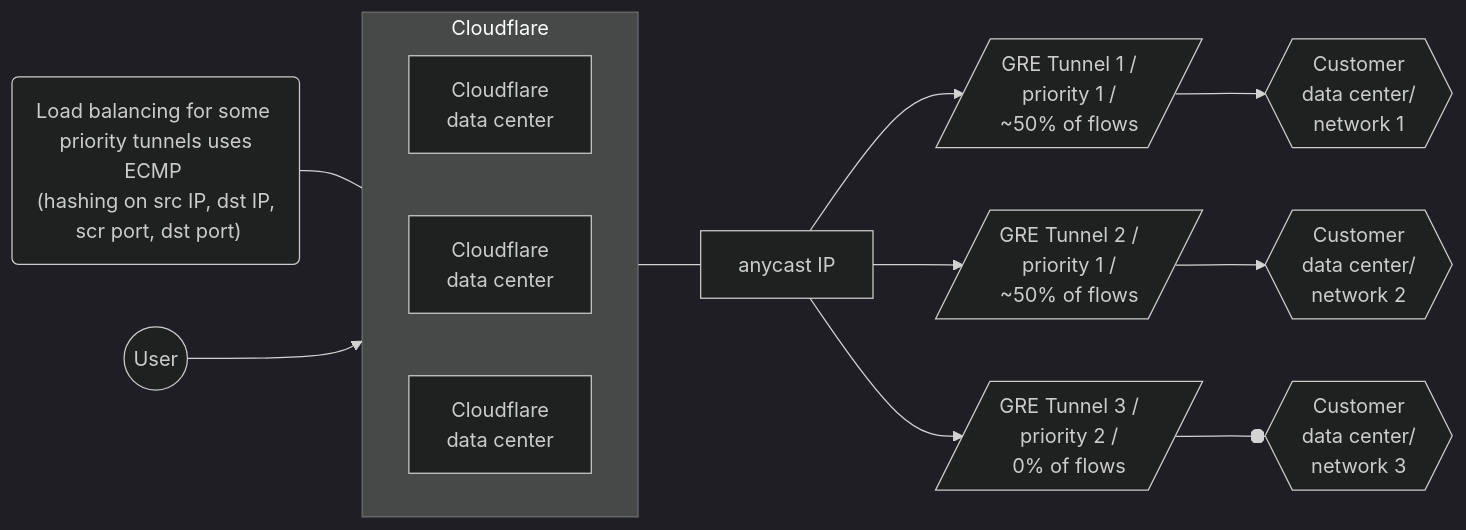
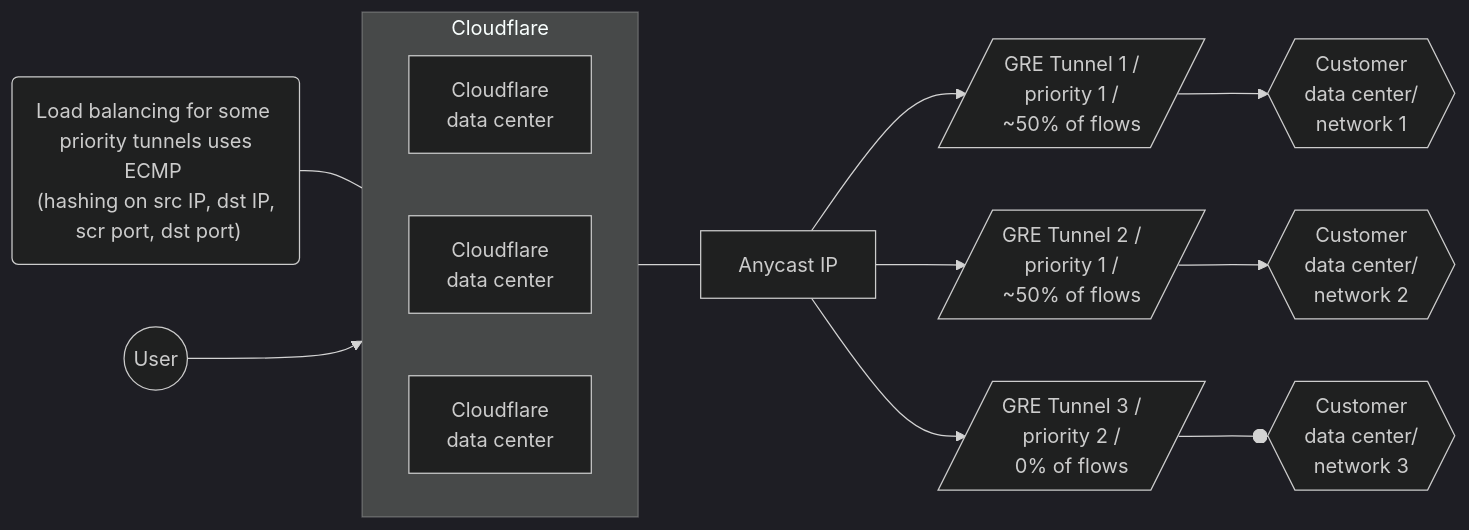
The second of 4 diagrams in content/magic-transit/_partials/_traffic-steering.md (cloudflare/cloudflare-docs), drawn with Mermaid (dark theme) before and after one commit. The commit also changed other lines of this file and 2 other files, not shown here.

````diff
--- a/content/magic-transit/_partials/_traffic-steering.md
+++ b/content/magic-transit/_partials/_traffic-steering.md
@@ -61,18 +61,18 @@
 ```mermaid
 flowchart LR
 accTitle: Tunnels diagram
 accDescr: This example has three tunnel routes, with traffic equally distributed across two paths.
 
 subgraph Cloudflare
 direction LR
 B[Cloudflare <br> data center]
 C[Cloudflare <br> data center]
 D[Cloudflare <br> data center]
 end
 
 Z("Load balancing for some <br> priority tunnels uses ECMP <br> (hashing on src IP, dst IP, <br> scr port, dst port)") --- Cloudflare
-A((User)) --> Cloudflare --- E[anycast IP]
-E[anycast IP] --> F[/"GRE Tunnel 1 / <br> priority 1 / <br> ~50% of flows"/] --> I{{Customer <br> data center/ <br> network 1}}
-E[anycast IP] --> G[/"GRE Tunnel 2 / <br> priority 1 / <br> ~50% of flows"/] --> J{{Customer <br> data center/ <br> network 2}}
-E[anycast IP] --> H[/GRE Tunnel 3 / <br> priority 2 / <br> 0% of flows/] --o K{{Customer <br> data center/ <br> network 3}}
+A((User)) --> Cloudflare --- E[Anycast IP]
+E[Anycast IP] --> F[/"GRE Tunnel 1 / <br> priority 1 / <br> ~50% of flows"/] --> I{{Customer <br> data center/ <br> network 1}}
+E[Anycast IP] --> G[/"GRE Tunnel 2 / <br> priority 1 / <br> ~50% of flows"/] --> J{{Customer <br> data center/ <br> network 2}}
+E[Anycast IP] --> H[/GRE Tunnel 3 / <br> priority 2 / <br> 0% of flows/] --o K{{Customer <br> data center/ <br> network 3}}
 ```
````
